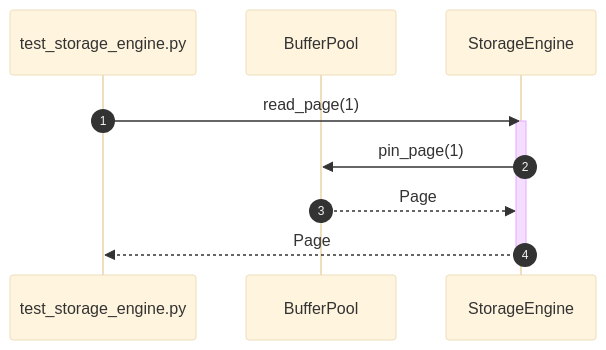
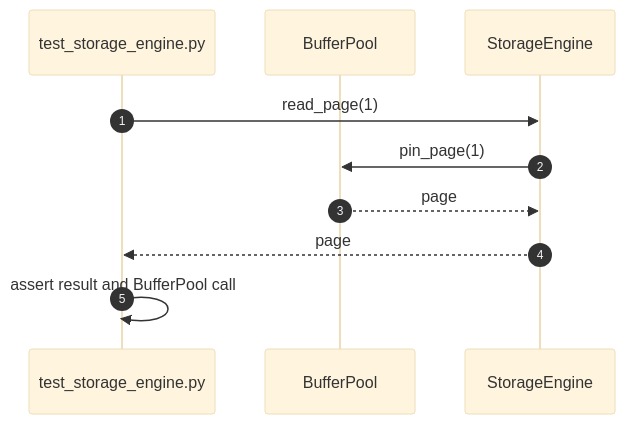
Before and after one commit to taitran501/DBMS: diagram 54 of 56 in diagrams/sequence/storage_engine.md, drawn with Mermaid (base theme). The commit also changed other lines of this file and 5 other files, not shown here.

Commit message:
test: define buffer pool and Storage Engine

````diff
--- a/diagrams/sequence/storage_engine.md
+++ b/diagrams/sequence/storage_engine.md
@@ -887,14 +883,13 @@
 ```mermaid
 sequenceDiagram
     autonumber
     participant Test as test_storage_engine.py
     participant Pool as BufferPool
     participant SUT as StorageEngine
 
     Test->>SUT: read_page(1)
-    activate SUT
     SUT->>Pool: pin_page(1)
-    Pool-->>SUT: Page
-    SUT-->>Test: Page
-    deactivate SUT
+    Pool-->>SUT: page
+    SUT-->>Test: page
+    Test->>Test: assert result and BufferPool call
 ```
````
